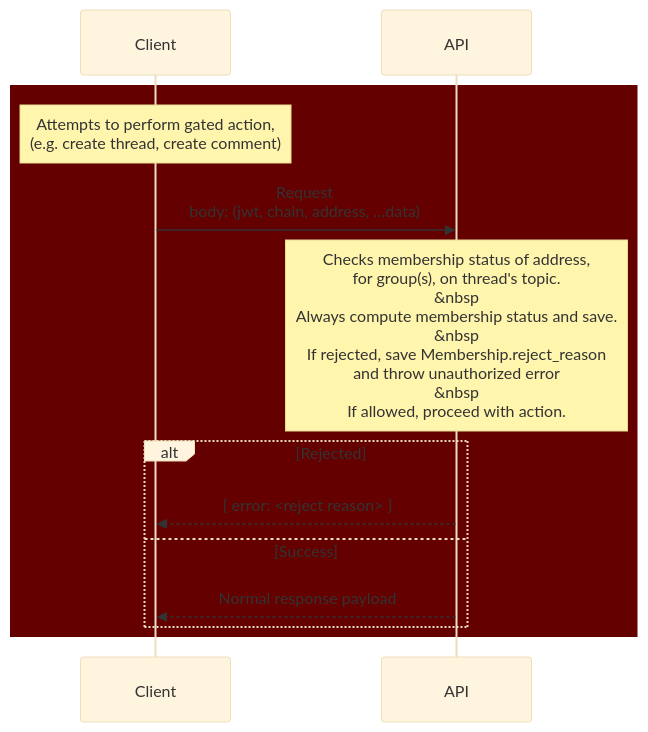
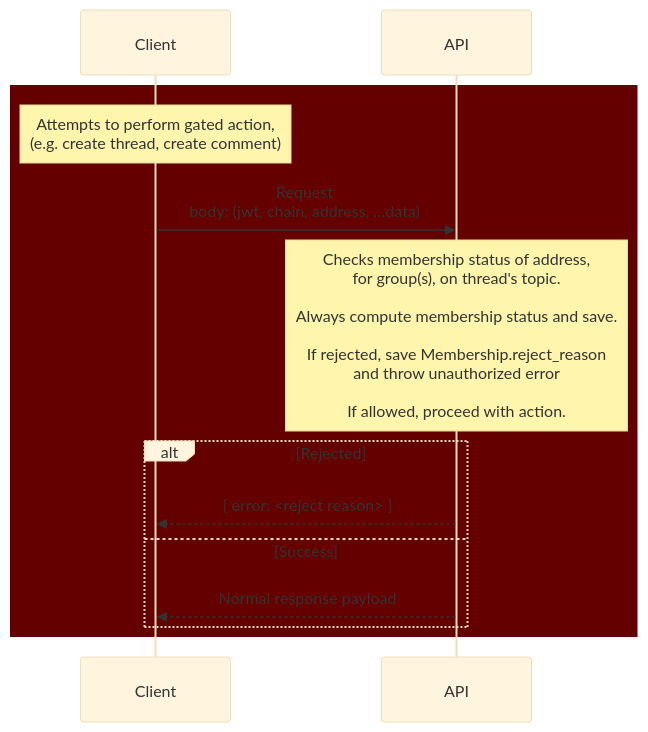
Before and after one commit to hicommonwealth/commonwealth: the second of 5 diagrams in knowledge_base/Groups.md, drawn with Mermaid (base theme). The commit also changed other lines of this file, not shown here.

Commit message:
Update Mermaid line break syntax

````diff
--- a/knowledge_base/Groups.md
+++ b/knowledge_base/Groups.md
@@ -34,19 +34,19 @@
 ```mermaid
 sequenceDiagram
 
   rect rgb(100, 0, 0)
 
-  Note over Client: Attempts to perform gated action, <br/> (e.g. create thread, create comment)
+  Note over Client: Attempts to perform gated action, <br> (e.g. create thread, create comment)
 
-  Client->>API: Request <br/> body: (jwt, chain, address, …data)
+  Client->>API: Request <br> body: (jwt, chain, address, …data)
 
-  Note over API: Checks membership status of address, <br/> for group(s), on thread's topic. <br/> &nbsp <br /> Always compute membership status and save. <br/> &nbsp <br /> If rejected, save Membership.reject_reason <br/> and throw unauthorized error <br/> &nbsp <br /> If allowed, proceed with action.
+  Note over API: Checks membership status of address, <br> for group(s), on thread's topic. <br><br> Always compute membership status and save. <br><br> If rejected, save Membership.reject_reason <br> and throw unauthorized error <br><br> If allowed, proceed with action.
 
    alt Rejected
         API-->>Client: { error: <reject reason> }
     else Success
         API-->>Client: Normal response payload
     end
 
   end
 ```
````
